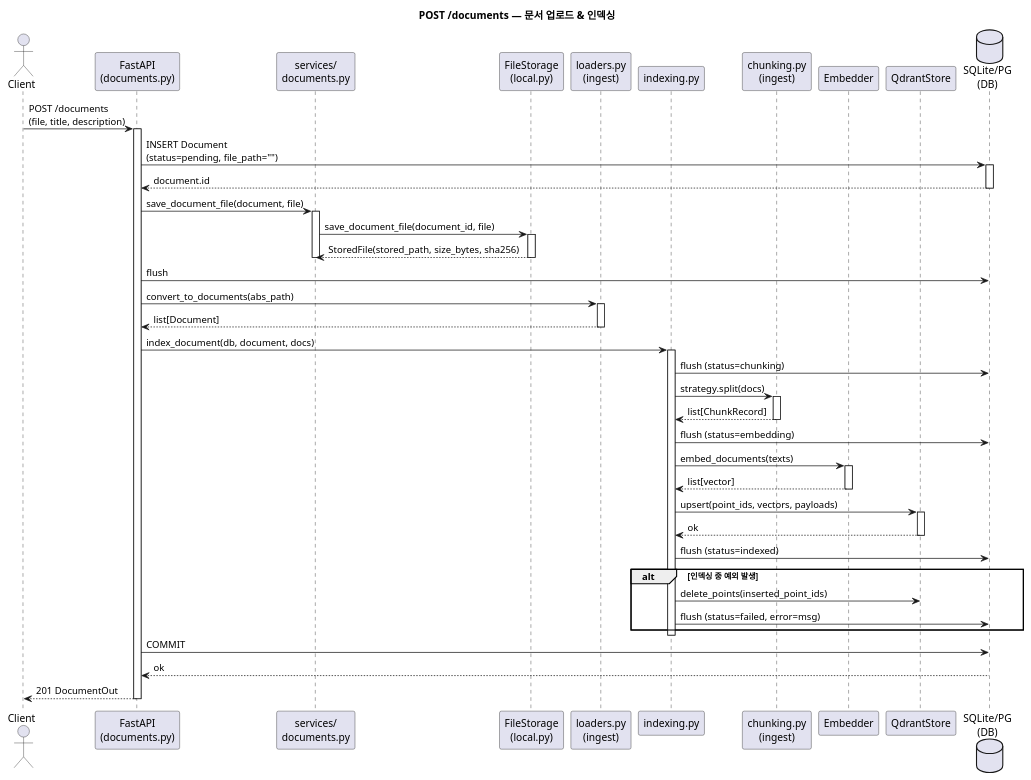
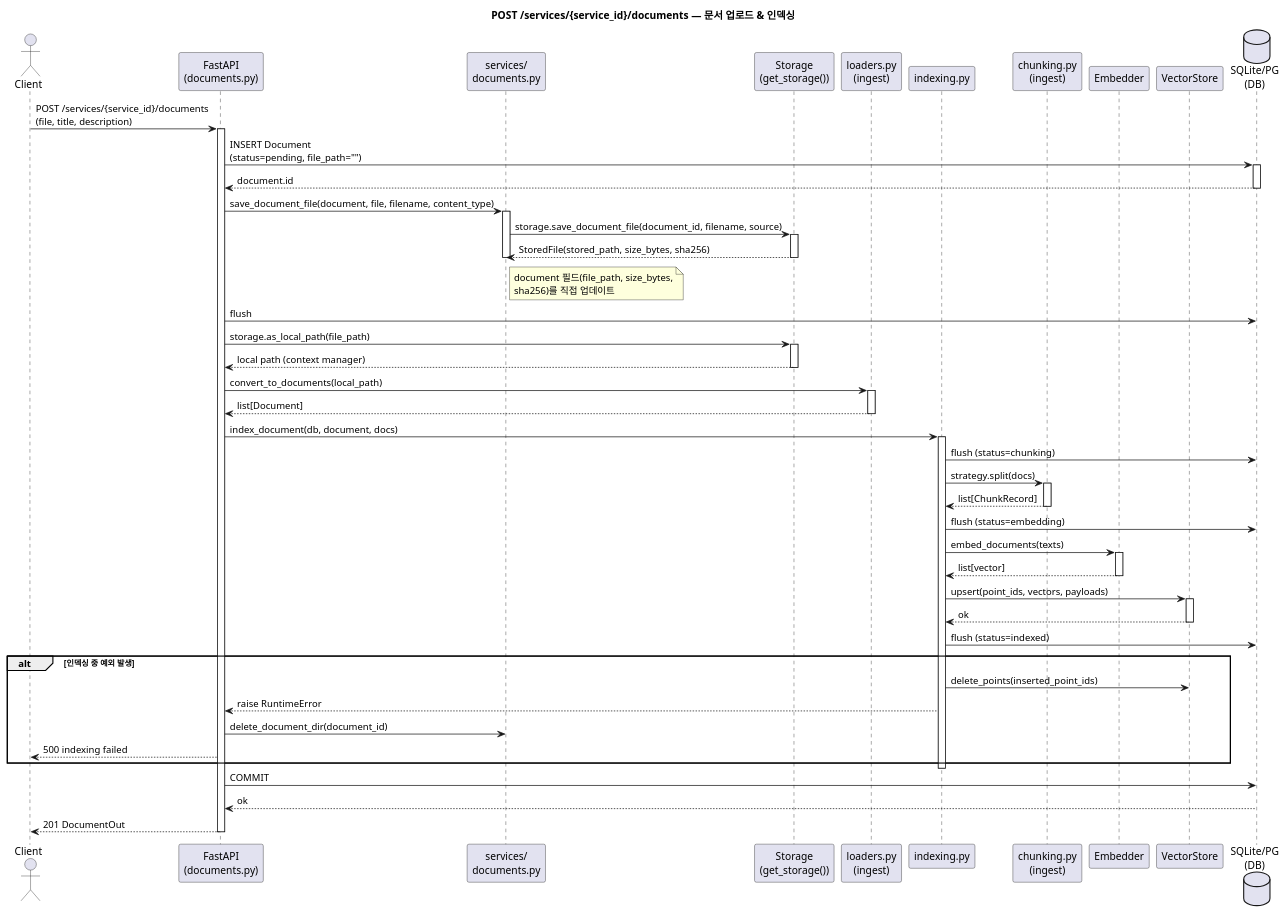
The first of 4 diagrams in docs/diagrams/all.puml (sigmoidx0/ragkit), drawn with PlantUML before and after one commit. The commit also changed other lines of this file and 4 other files, not shown here.

Commit message:
docs: update sequence diagram

```diff
--- a/docs/diagrams/all.puml
+++ b/docs/diagrams/all.puml
@@ -1,77 +1,85 @@
 @startuml Document Create
 
-title POST /documents — 문서 업로드 & 인덱싱
+title POST /services/{service_id}/documents — 문서 업로드 & 인덱싱
 
 actor Client
 participant "FastAPI\n(documents.py)" as API
 participant "services/\ndocuments.py" as SVC
-participant "FileStorage\n(local.py)" as FS
+participant "Storage\n(get_storage())" as FS
 participant "loaders.py\n(ingest)" as LDR
 participant "indexing.py" as IDX
 participant "chunking.py\n(ingest)" as ING
 participant "Embedder" as EMB
-participant "QdrantStore" as QD
+participant "VectorStore" as QD
 database "SQLite/PG\n(DB)" as DB
 
-Client -> API : POST /documents\n(file, title, description)
+Client -> API : POST /services/{service_id}/documents\n(file, title, description)
 activate API
 
 API -> DB : INSERT Document\n(status=pending, file_path="")
 activate DB
 DB --> API : document.id
 deactivate DB
 
-API -> SVC : save_document_file(document, file)
+API -> SVC : save_document_file(document, file, filename, content_type)
 activate SVC
-SVC -> FS : save_document_file(document_id, file)
+SVC -> FS : storage.save_document_file(document_id, filename, source)
 activate FS
 FS --> SVC : StoredFile(stored_path, size_bytes, sha256)
 deactivate FS
+note right of SVC : document 필드(file_path, size_bytes,\nsha256)를 직접 업데이트
 deactivate SVC
 
 API -> DB : flush
 
-API -> LDR : convert_to_documents(abs_path)
+API -> FS : storage.as_local_path(file_path)
+activate FS
+FS --> API : local path (context manager)
+deactivate FS
+
+API -> LDR : convert_to_documents(local_path)
 activate LDR
 LDR --> API : list[Document]
 deactivate LDR
 
 API -> IDX : index_document(db, document, docs)
 activate IDX
 
 IDX -> DB : flush (status=chunking)
 
 IDX -> ING : strategy.split(docs)
 activate ING
 ING --> IDX : list[ChunkRecord]
 deactivate ING
 
 IDX -> DB : flush (status=embedding)
 
 IDX -> EMB : embed_documents(texts)
 activate EMB
 EMB --> IDX : list[vector]
 deactivate EMB
 
 IDX -> QD : upsert(point_ids, vectors, payloads)
 activate QD
 QD --> IDX : ok
 deactivate QD
 
 IDX -> DB : flush (status=indexed)
 
 alt 인덱싱 중 예외 발생
   IDX -> QD : delete_points(inserted_point_ids)
-  IDX -> DB : flush (status=failed, error=msg)
+  IDX --> API : raise RuntimeError
+  API -> SVC : delete_document_dir(document_id)
+  API --> Client : 500 indexing failed
 end
 
 deactivate IDX
 
 API -> DB : COMMIT
 DB --> API : ok
 
 API --> Client : 201 DocumentOut
 
 deactivate API
 
 @enduml
```
